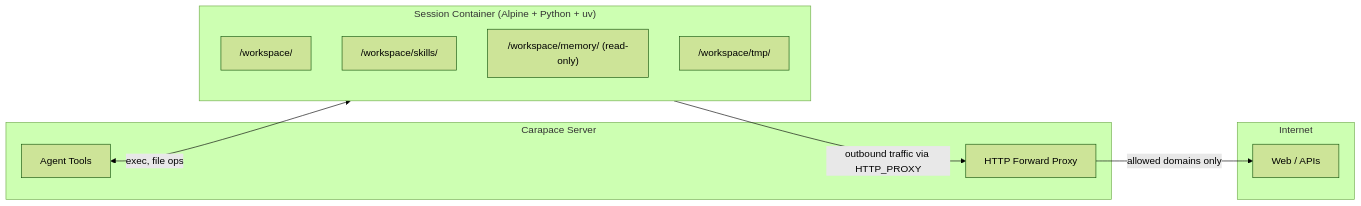
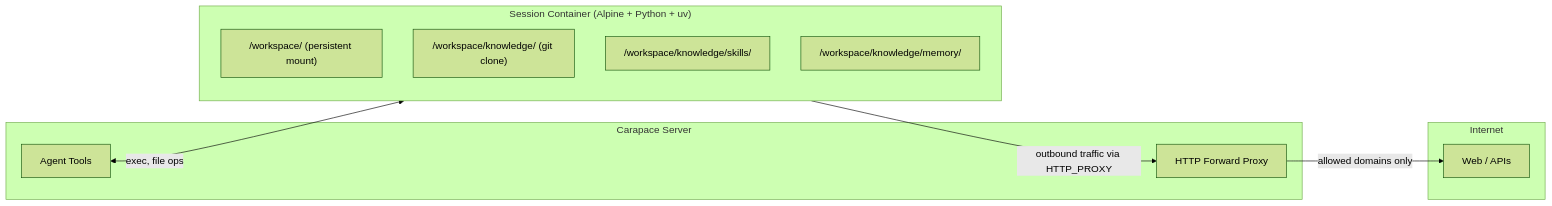
Before and after one commit to thiesgerken/carapace: the diagram in docs/sandbox.md, drawn with Mermaid (forest theme). The commit also changed other lines of this file and 4 other files, not shown here.

First line of the commit message:
♻️ refactor: mount whole workspace dir, clone knowledge repo into subdirectory

````diff
--- a/docs/sandbox.md
+++ b/docs/sandbox.md
@@ -9,22 +9,22 @@
 ```mermaid
 flowchart LR
     subgraph carapace [Carapace Server]
         Agent[Agent Tools]
         Proxy[HTTP Forward Proxy]
     end
 
     subgraph container ["Session Container (Alpine + Python + uv)"]
-        Workspace["/workspace/"]
-        Skills["/workspace/skills/"]
-        Memory["/workspace/memory/ (read-only)"]
-        Tmp["/workspace/tmp/"]
+        Workspace["/workspace/ (persistent mount)"]
+        Knowledge["/workspace/knowledge/ (git clone)"]
+        Skills["/workspace/knowledge/skills/"]
+        Memory["/workspace/knowledge/memory/"]
     end
 
     subgraph external [Internet]
         APIs[Web / APIs]
     end
 
     Agent <-->|exec, file ops| container
     container -->|outbound traffic via HTTP_PROXY| Proxy
     Proxy -->|allowed domains only| APIs
 ```
````
